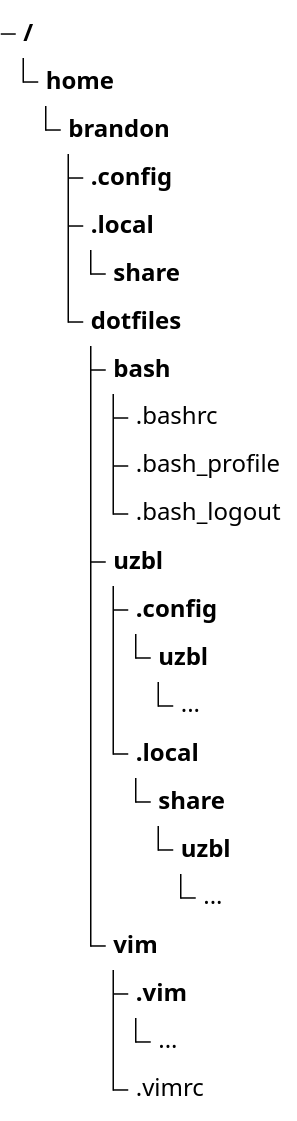
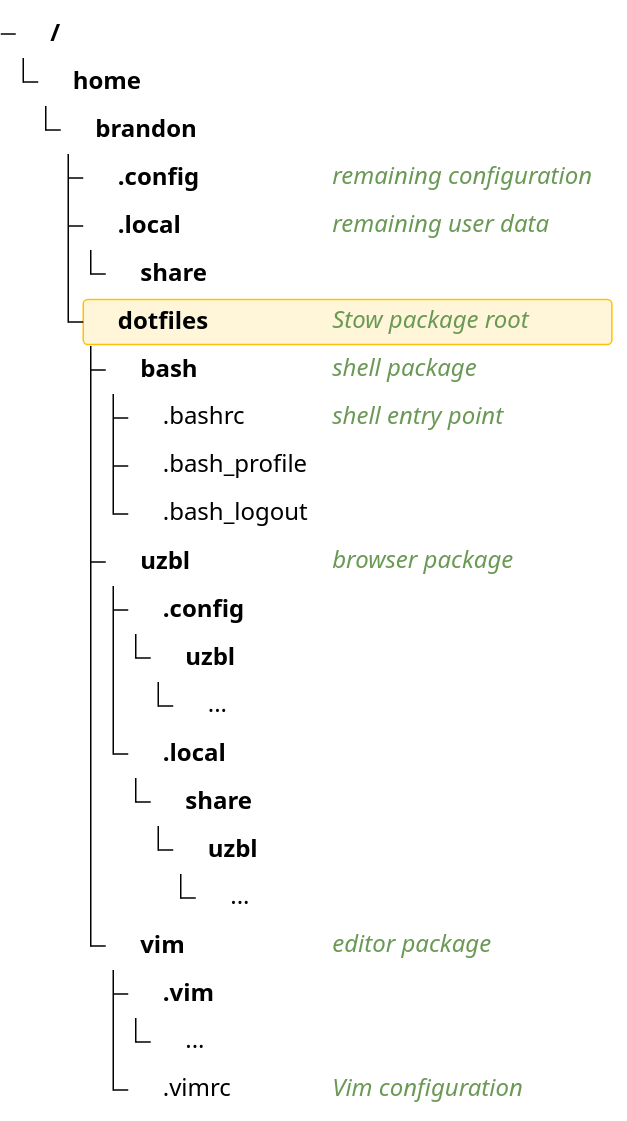
The second of 2 diagrams in content/posts/dotfiles-with-gnu-stow.md (gicrisf/zwit), drawn with Mermaid before and after one commit. The commit also changed other lines of this file and 1 other file, not shown here.

Commit message:
improve filetrees

````diff
--- a/content/posts/dotfiles-with-gnu-stow.md
+++ b/content/posts/dotfiles-with-gnu-stow.md
@@ -62,25 +67,30 @@
 ```mermaid
+---
+config:
+  treeView:
+    showIcons: true
+---
 treeView-beta
     home/
         brandon/
-            .config/
-            .local/
+            .config/ ## remaining configuration
+            .local/ ## remaining user data
                 share/
-            dotfiles/
-                bash/
-                    .bashrc
+            dotfiles/ :::highlight ## Stow package root
+                bash/ ## shell package
+                    .bashrc icon(logos:bash) ## shell entry point
                     .bash_profile
                     .bash_logout
-                uzbl/
+                uzbl/ ## browser package
                     .config/
                         uzbl/
                             ...
                     .local/
                         share/
                             uzbl/
                                 ...
-                vim/
+                vim/ ## editor package
                     .vim/
                         ...
-                    .vimrc
+                    .vimrc icon(logos:vim) ## Vim configuration
 ```
````
